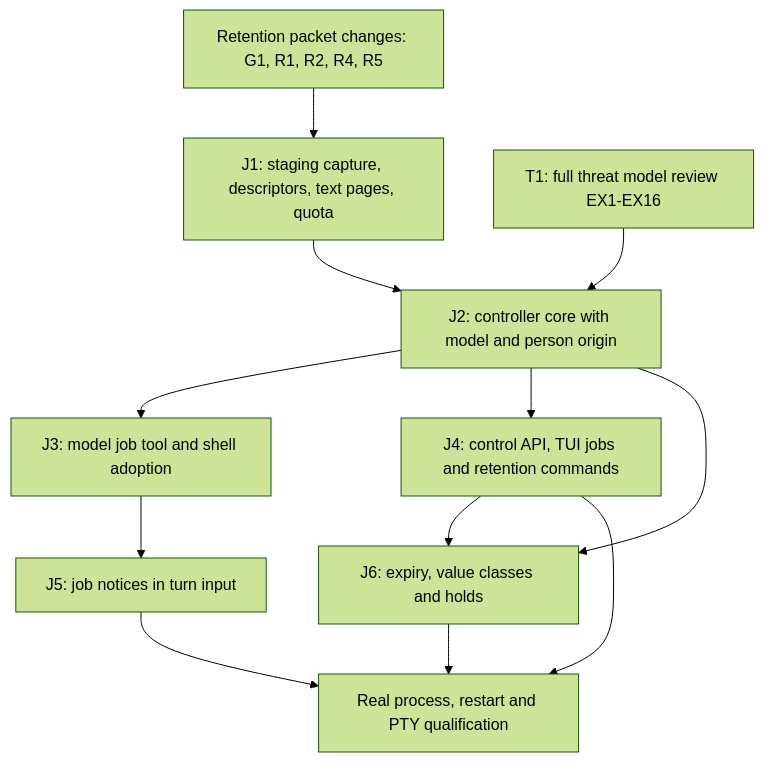
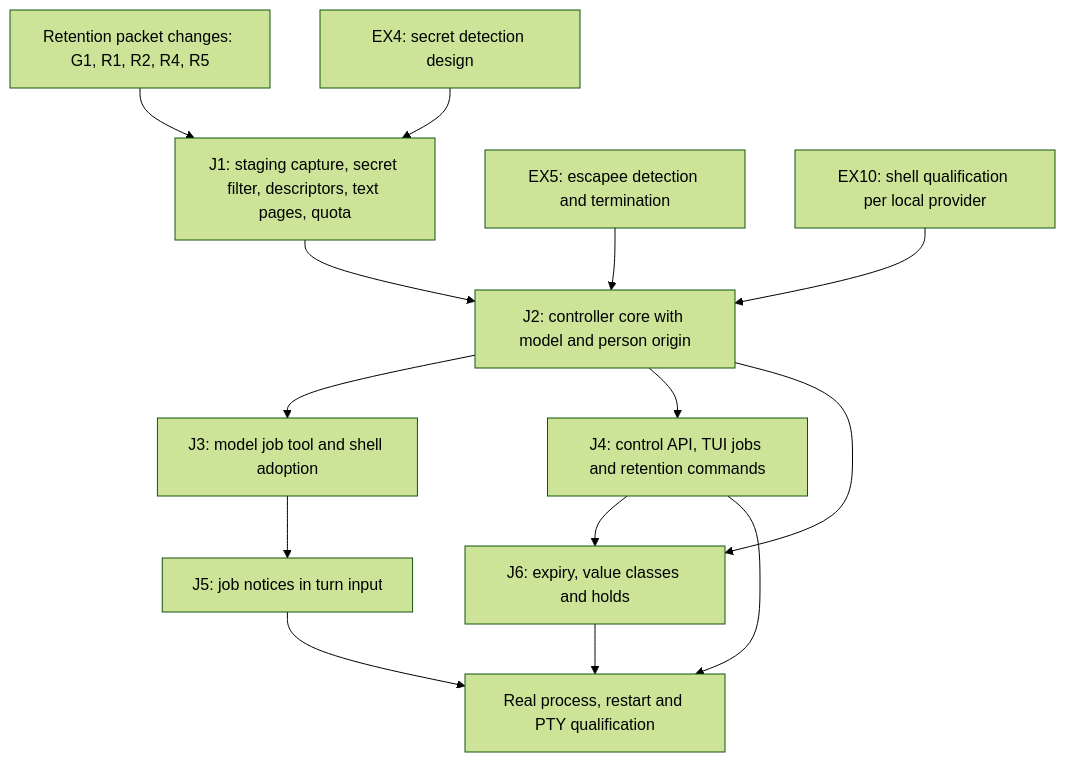
Before and after one commit to pidster/asura: the sixth of 6 diagrams in docs/designs/tool-job-controller.md, drawn with Mermaid (forest theme). The commit also changed other lines of this file and 5 other files, not shown here.

First line of the commit message:
Record the owner's EX1-EX16 threat model review

````diff
--- a/docs/designs/tool-job-controller.md
+++ b/docs/designs/tool-job-controller.md
@@ -869,14 +900,16 @@
 ```mermaid
 flowchart TD
-    RP[Retention packet changes: G1, R1, R2, R4, R5] --> J1[J1: staging capture, descriptors, text pages, quota]
-    TM[T1: full threat model review EX1-EX16] --> J2[J2: controller core with model and person origin]
+    RP[Retention packet changes: G1, R1, R2, R4, R5] --> J1[J1: staging capture, secret filter, descriptors, text pages, quota]
+    SD[EX4: secret detection design] --> J1
+    ESC[EX5: escapee detection and termination] --> J2[J2: controller core with model and person origin]
+    QUAL[EX10: shell qualification per local provider] --> J2
     J1 --> J2
     J2 --> J3[J3: model job tool and shell adoption]
     J2 --> J4[J4: control API, TUI jobs and retention commands]
     J2 --> J6[J6: expiry, value classes and holds]
     J3 --> J5[J5: job notices in turn input]
     J4 --> J6
     J4 --> Q[Real process, restart and PTY qualification]
     J5 --> Q
     J6 --> Q
 ```
````
